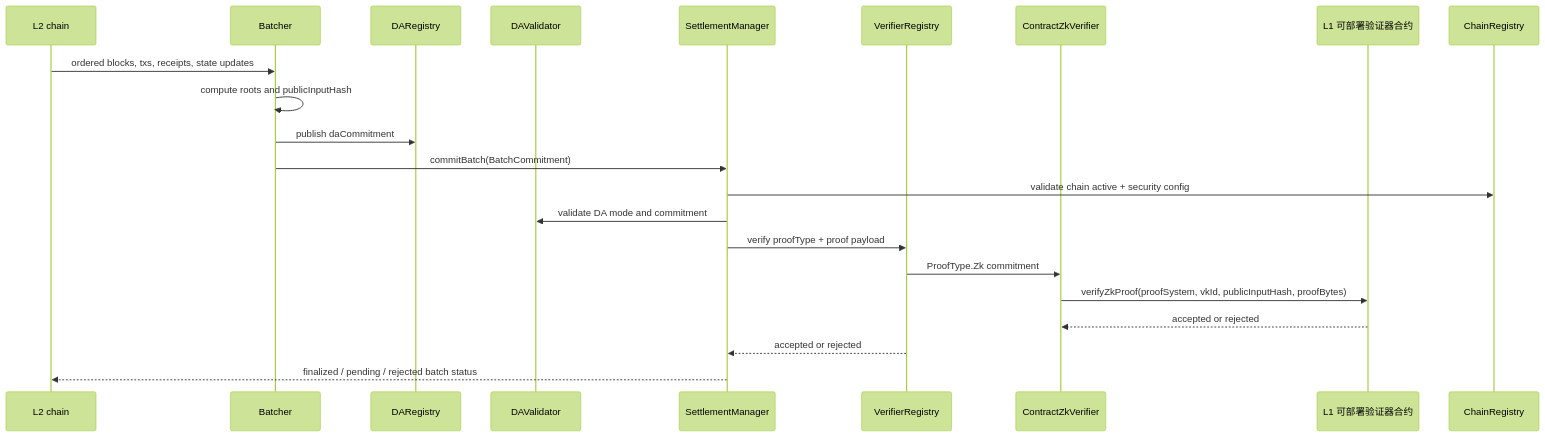
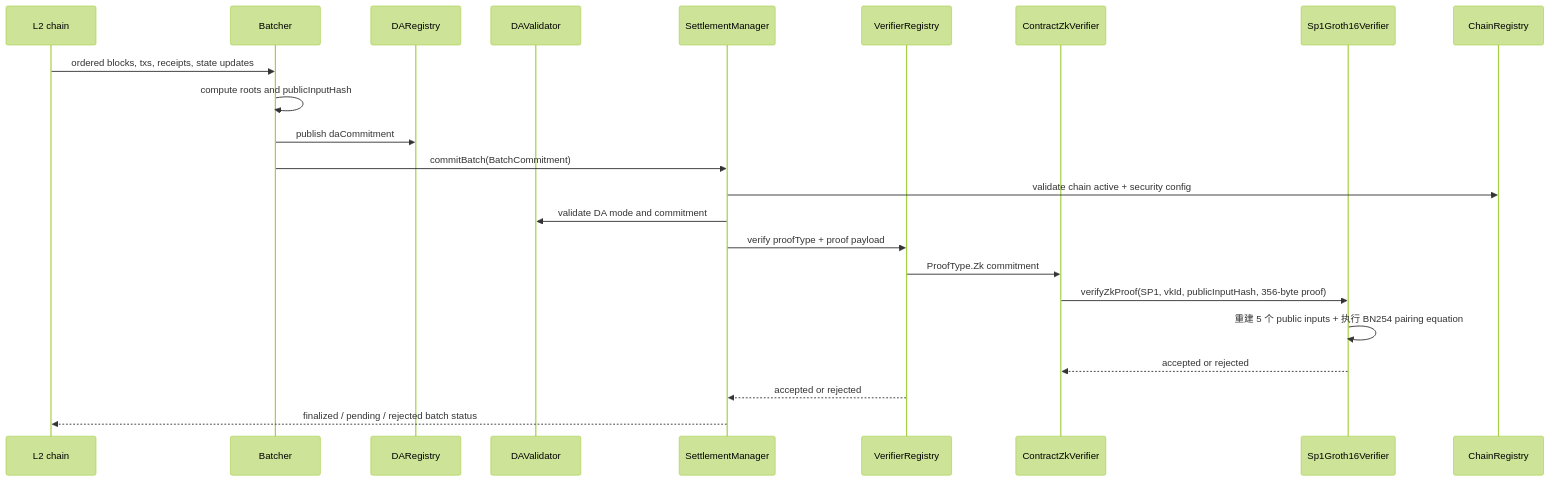
Before and after one commit to r3e-network/neo-n4: the fifth of 10 diagrams in docs/zh/neohub-architecture-and-workflows.md, drawn with Mermaid (forest theme). The commit also changed other lines of this file and 559 other files, not shown here.

````diff
--- a/docs/zh/neohub-architecture-and-workflows.md
+++ b/docs/zh/neohub-architecture-and-workflows.md
@@ -213,25 +222,26 @@
 ```mermaid
 sequenceDiagram
     participant L2 as L2 chain
     participant Batcher as Batcher
     participant DA as DARegistry
     participant DAVal as DAValidator
     participant Settle as SettlementManager
     participant Verifier as VerifierRegistry
     participant NativeZk as ContractZkVerifier
-    participant Native as L1 可部署验证器合约
+    participant Sp1 as Sp1Groth16Verifier
     participant Chain as ChainRegistry
 
     L2->>Batcher: ordered blocks, txs, receipts, state updates
     Batcher->>Batcher: compute roots and publicInputHash
     Batcher->>DA: publish daCommitment
     Batcher->>Settle: commitBatch(BatchCommitment)
     Settle->>Chain: validate chain active + security config
     Settle->>DAVal: validate DA mode and commitment
     Settle->>Verifier: verify proofType + proof payload
     Verifier->>NativeZk: ProofType.Zk commitment
-    NativeZk->>Native: verifyZkProof(proofSystem, vkId, publicInputHash, proofBytes)
-    Native-->>NativeZk: accepted or rejected
+    NativeZk->>Sp1: verifyZkProof(SP1, vkId, publicInputHash, 356-byte proof)
+    Sp1->>Sp1: 重建 5 个 public inputs + 执行 BN254 pairing equation
+    Sp1-->>NativeZk: accepted or rejected
     Verifier-->>Settle: accepted or rejected
     Settle-->>L2: finalized / pending / rejected batch status
 ```
````
